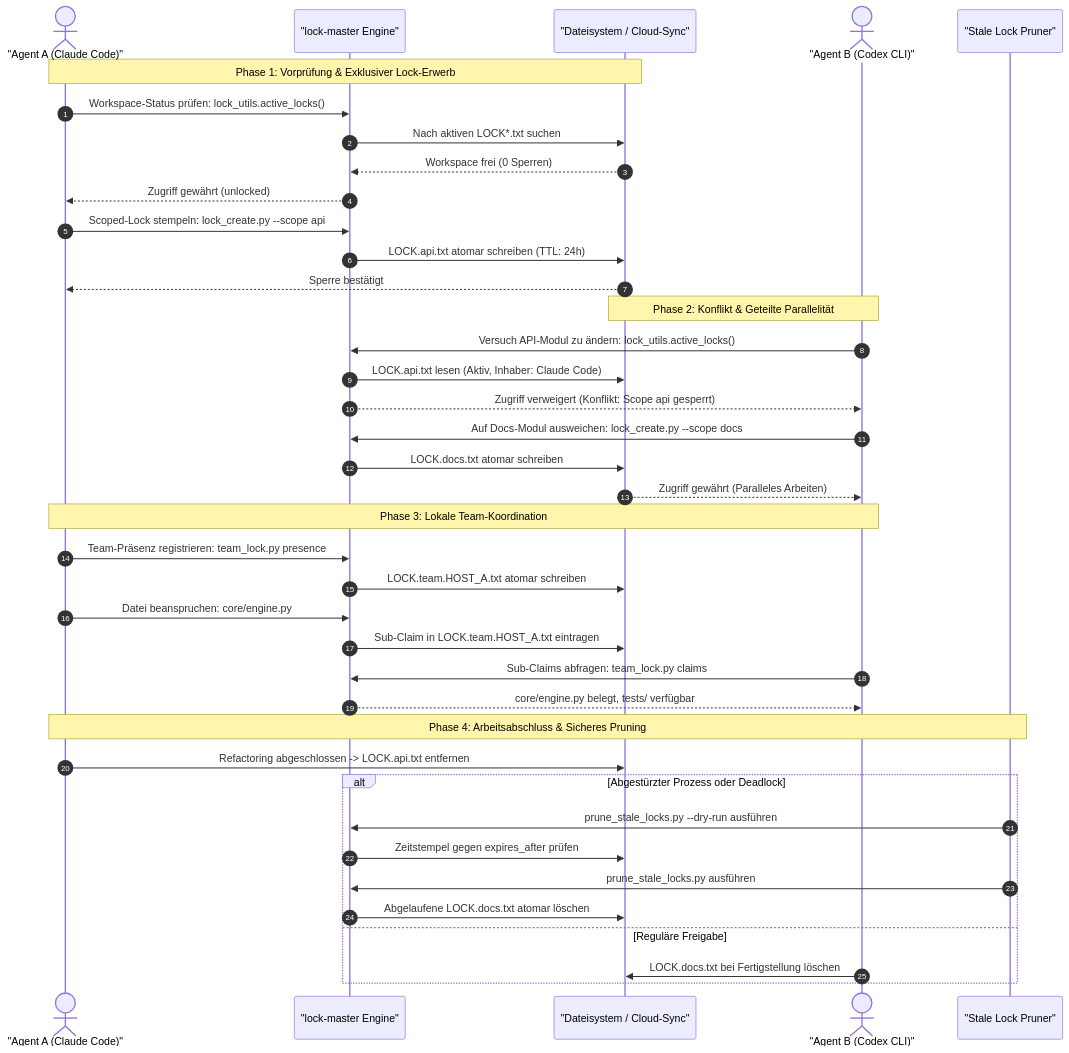
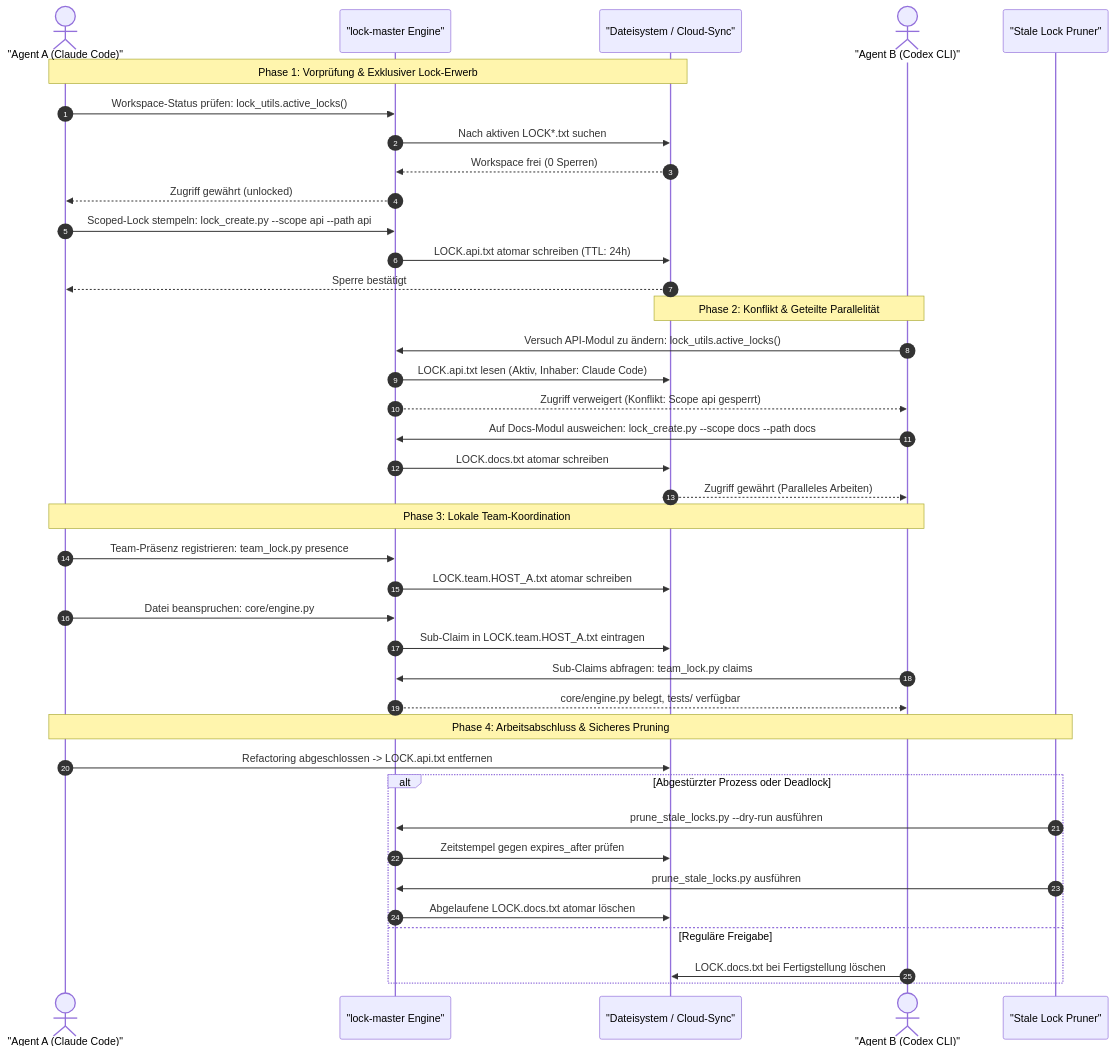
One commit to ellmos-ai/lock-master changed the second of 2 diagrams in README_de.md. Above: the diagram before and after it, drawn with Mermaid. The commit also changed other lines of this file and 2 other files, not shown here.

Commit message:
docs: show explicit paths in scoped-lock examples
T-20261013-779857491: keep README language variants and creator CLI examples aligned with the scoped path contract.

````diff
--- a/README_de.md
+++ b/README_de.md
@@ -153,45 +153,45 @@
 ```mermaid
 sequenceDiagram
     autonumber
     actor AgentA as "Agent A (Claude Code)"
     participant LM as "lock-master Engine"
     participant FS as "Dateisystem / Cloud-Sync"
     actor AgentB as "Agent B (Codex CLI)"
     participant Pruner as "Stale Lock Pruner"
 
     Note over AgentA,FS: Phase 1: Vorprüfung & Exklusiver Lock-Erwerb
     AgentA->>LM: Workspace-Status prüfen: lock_utils.active_locks()
     LM->>FS: Nach aktiven LOCK*.txt suchen
     FS-->>LM: Workspace frei (0 Sperren)
     LM-->>AgentA: Zugriff gewährt (unlocked)
-    AgentA->>LM: Scoped-Lock stempeln: lock_create.py --scope api
+    AgentA->>LM: Scoped-Lock stempeln: lock_create.py --scope api --path api
     LM->>FS: LOCK.api.txt atomar schreiben (TTL: 24h)
     FS-->>AgentA: Sperre bestätigt
 
     Note over AgentB,FS: Phase 2: Konflikt & Geteilte Parallelität
     AgentB->>LM: Versuch API-Modul zu ändern: lock_utils.active_locks()
     LM->>FS: LOCK.api.txt lesen (Aktiv, Inhaber: Claude Code)
     LM-->>AgentB: Zugriff verweigert (Konflikt: Scope api gesperrt)
-    AgentB->>LM: Auf Docs-Modul ausweichen: lock_create.py --scope docs
+    AgentB->>LM: Auf Docs-Modul ausweichen: lock_create.py --scope docs --path docs
     LM->>FS: LOCK.docs.txt atomar schreiben
     FS-->>AgentB: Zugriff gewährt (Paralleles Arbeiten)
 
     Note over AgentA,AgentB: Phase 3: Lokale Team-Koordination
     AgentA->>LM: Team-Präsenz registrieren: team_lock.py presence
     LM->>FS: LOCK.team.HOST_A.txt atomar schreiben
     AgentA->>LM: Datei beanspruchen: core/engine.py
     LM->>FS: Sub-Claim in LOCK.team.HOST_A.txt eintragen
     AgentB->>LM: Sub-Claims abfragen: team_lock.py claims
     LM-->>AgentB: core/engine.py belegt, tests/ verfügbar
 
     Note over AgentA,Pruner: Phase 4: Arbeitsabschluss & Sicheres Pruning
     AgentA->>FS: Refactoring abgeschlossen -> LOCK.api.txt entfernen
     alt Abgestürzter Prozess oder Deadlock
         Pruner->>LM: prune_stale_locks.py --dry-run ausführen
         LM->>FS: Zeitstempel gegen expires_after prüfen
         Pruner->>LM: prune_stale_locks.py ausführen
         LM->>FS: Abgelaufene LOCK.docs.txt atomar löschen
     else Reguläre Freigabe
         AgentB->>FS: LOCK.docs.txt bei Fertigstellung löschen
     end
 ```
````
